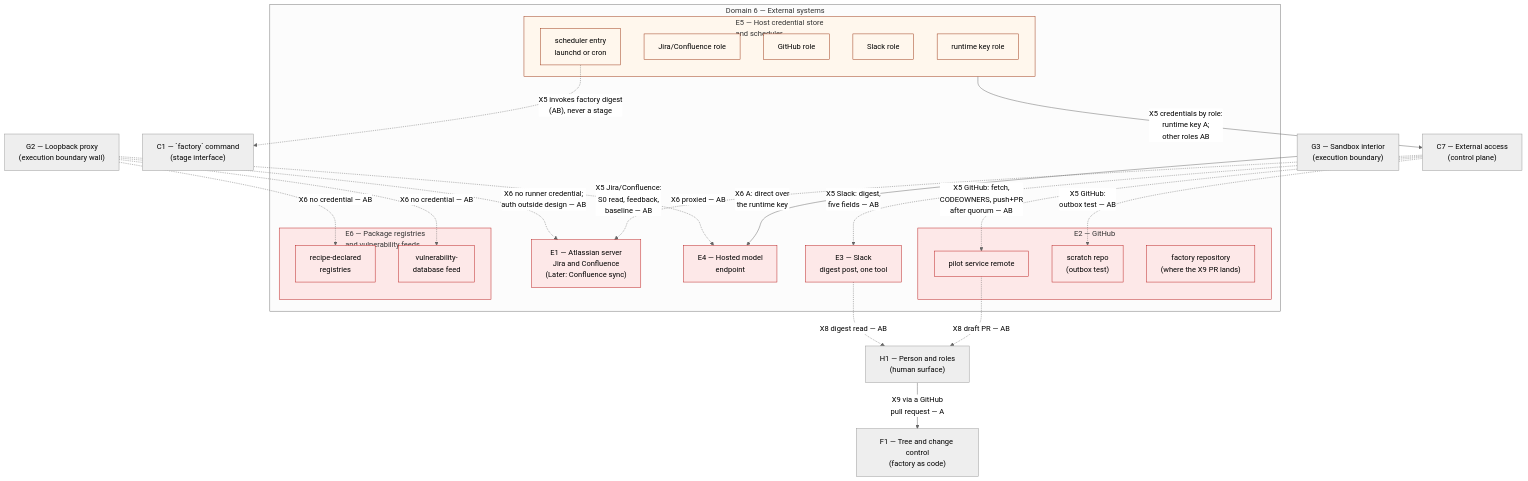
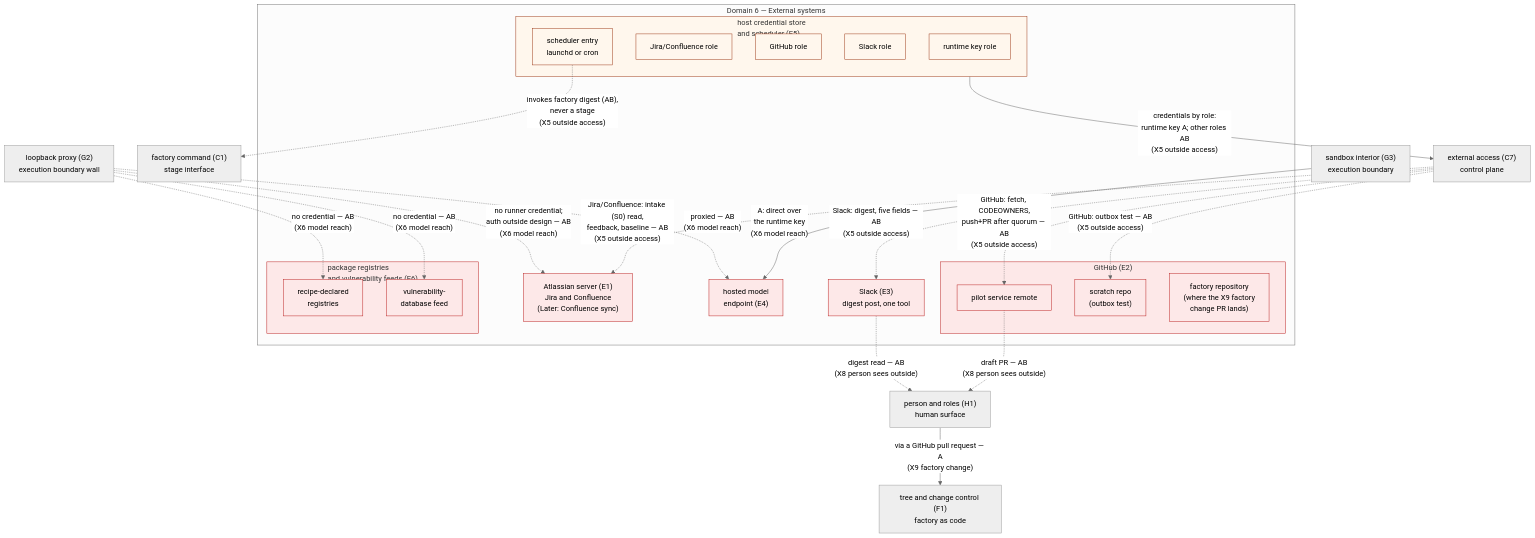
The first of 2 diagrams in docs/design/hld/L2-external-systems.md (abhishekthakur7/software-factory), drawn with Mermaid (neutral theme) before and after one commit. The commit also changed other lines of this file and 9 other files, not shown here.

Commit message:
Name every code on the HLD pictures; add the short-name legend and fix the broken sequence diagram

````diff
--- a/docs/design/hld/L2-external-systems.md
+++ b/docs/design/hld/L2-external-systems.md
@@ -25,58 +27,58 @@
 ```mermaid
 flowchart TB
-  C1["C1 — `factory` command<br/>(stage interface)"]
-  C7["C7 — External access<br/>(control plane)"]
-  G2["G2 — Loopback proxy<br/>(execution boundary wall)"]
-  G3["G3 — Sandbox interior<br/>(execution boundary)"]
-  H1["H1 — Person and roles<br/>(human surface)"]
-  F1["F1 — Tree and change control<br/>(factory as code)"]
+  C1["factory command (C1)<br/>stage interface"]
+  C7["external access (C7)<br/>control plane"]
+  G2["loopback proxy (G2)<br/>execution boundary wall"]
+  G3["sandbox interior (G3)<br/>execution boundary"]
+  H1["person and roles (H1)<br/>human surface"]
+  F1["tree and change control (F1)<br/>factory as code"]
 
   subgraph D6["Domain 6 — External systems"]
-    E1["E1 — Atlassian server<br/>Jira and Confluence<br/>(Later: Confluence sync)"]
+    E1["Atlassian server (E1)<br/>Jira and Confluence<br/>(Later: Confluence sync)"]
 
-    subgraph E2["E2 — GitHub"]
+    subgraph E2["GitHub (E2)"]
       E2_pilot["pilot service remote"]
       E2_scratch["scratch repo<br/>(outbox test)"]
-      E2_factory["factory repository<br/>(where the X9 PR lands)"]
+      E2_factory["factory repository<br/>(where the X9 factory<br/>change PR lands)"]
     end
 
-    E3["E3 — Slack<br/>digest post, one tool"]
+    E3["Slack (E3)<br/>digest post, one tool"]
 
-    E4["E4 — Hosted model<br/>endpoint"]
+    E4["hosted model<br/>endpoint (E4)"]
 
-    subgraph E5["E5 — Host credential store<br/>and scheduler"]
+    subgraph E5["host credential store<br/>and scheduler (E5)"]
       E5_runtime["runtime key role"]
       E5_atlassian["Jira/Confluence role"]
       E5_github["GitHub role"]
       E5_slack["Slack role"]
       E5_sched["scheduler entry<br/>launchd or cron"]
     end
 
-    subgraph E6["E6 — Package registries<br/>and vulnerability feeds"]
+    subgraph E6["package registries<br/>and vulnerability feeds (E6)"]
       E6_reg["recipe-declared<br/>registries"]
       E6_vuln["vulnerability-<br/>database feed"]
     end
   end
 
-  C7 -.->|"X5 Jira/Confluence:<br/>S0 read, feedback,<br/>baseline — AB"| E1
-  C7 -.->|"X5 GitHub: fetch,<br/>CODEOWNERS, push+PR<br/>after quorum — AB"| E2_pilot
-  C7 -.->|"X5 GitHub:<br/>outbox test — AB"| E2_scratch
-  C7 -.->|"X5 Slack: digest,<br/>five fields — AB"| E3
-  E5 -->|"X5 credentials by role:<br/>runtime key A;<br/>other roles AB"| C7
-  E5_sched -.->|"X5 invokes factory digest<br/>(AB), never a stage"| C1
+  C7 -.->|"Jira/Confluence: intake (S0) read,<br/>feedback, baseline — AB<br/>(X5 outside access)"| E1
+  C7 -.->|"GitHub: fetch, CODEOWNERS,<br/>push+PR after quorum — AB<br/>(X5 outside access)"| E2_pilot
+  C7 -.->|"GitHub: outbox test — AB<br/>(X5 outside access)"| E2_scratch
+  C7 -.->|"Slack: digest, five fields — AB<br/>(X5 outside access)"| E3
+  E5 -->|"credentials by role:<br/>runtime key A; other roles AB<br/>(X5 outside access)"| C7
+  E5_sched -.->|"invokes factory digest (AB),<br/>never a stage<br/>(X5 outside access)"| C1
 
-  G3 -->|"X6 A: direct over<br/>the runtime key"| E4
-  G2 -.->|"X6 proxied — AB"| E4
-  G2 -.->|"X6 no runner credential;<br/>auth outside design — AB"| E1
-  G2 -.->|"X6 no credential — AB"| E6_reg
-  G2 -.->|"X6 no credential — AB"| E6_vuln
+  G3 -->|"A: direct over<br/>the runtime key<br/>(X6 model reach)"| E4
+  G2 -.->|"proxied — AB<br/>(X6 model reach)"| E4
+  G2 -.->|"no runner credential;<br/>auth outside design — AB<br/>(X6 model reach)"| E1
+  G2 -.->|"no credential — AB<br/>(X6 model reach)"| E6_reg
+  G2 -.->|"no credential — AB<br/>(X6 model reach)"| E6_vuln
 
-  H1 -->|"X9 via a GitHub<br/>pull request — A"| F1
-  E2_pilot -.->|"X8 draft PR — AB"| H1
-  E3 -.->|"X8 digest read — AB"| H1
+  H1 -->|"via a GitHub pull request — A<br/>(X9 factory change)"| F1
+  E2_pilot -.->|"draft PR — AB<br/>(X8 person sees outside)"| H1
+  E3 -.->|"digest read — AB<br/>(X8 person sees outside)"| H1
 
   classDef untrusted fill:#fde8e8,stroke:#b91c1c
   classDef hostFacility fill:#fff7ed,stroke:#9a3412
   class E1,E2,E2_pilot,E2_scratch,E2_factory,E3,E4,E6,E6_reg,E6_vuln untrusted
   class E5,E5_runtime,E5_atlassian,E5_github,E5_slack,E5_sched hostFacility
 ```
````
